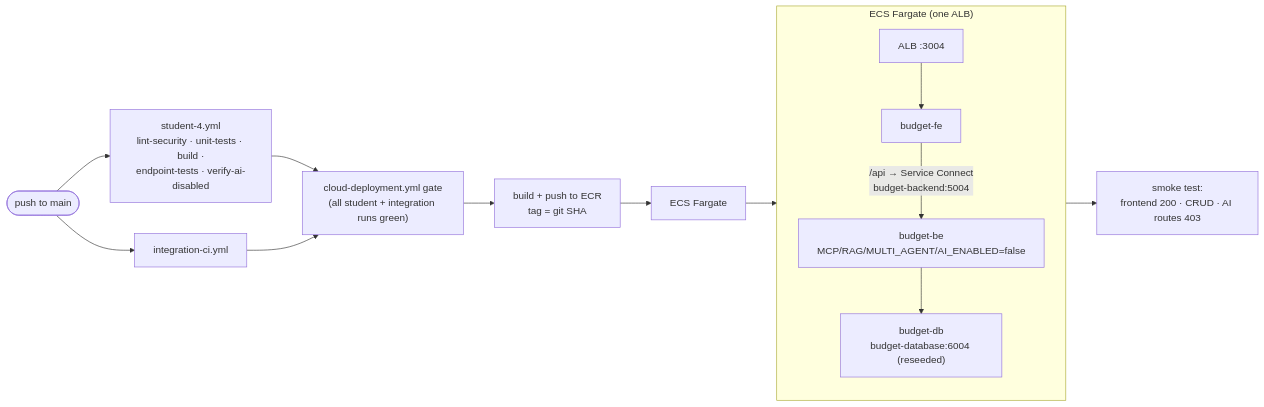
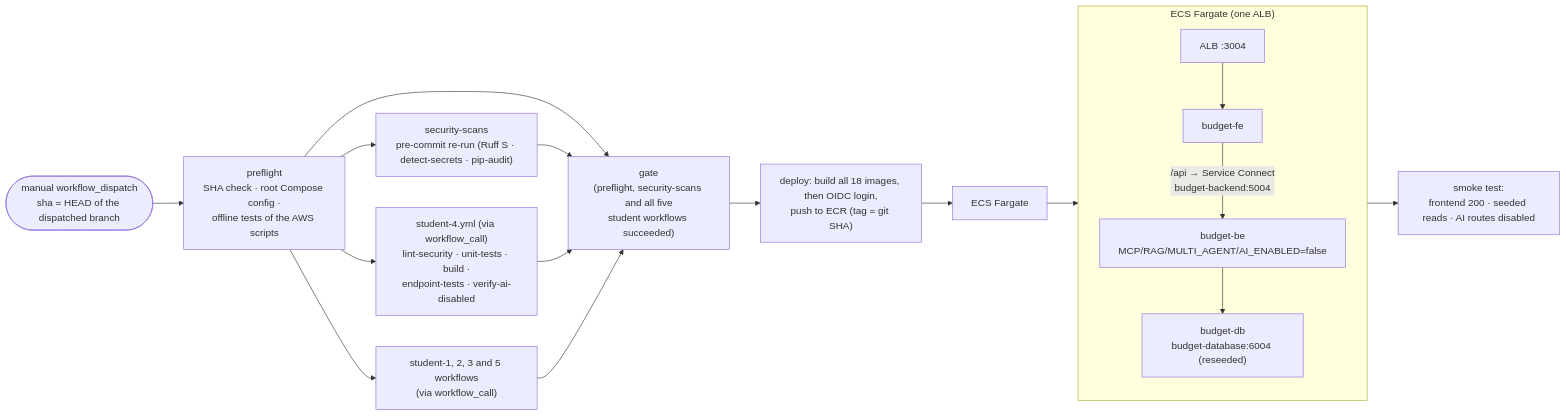
One commit to Flynn-Jones/voyage-ai changed the fourth of 4 diagrams in docs/release-2/student-4/architecture.md. Above: the diagram before and after it, drawn with Mermaid. The commit also changed 25 other files, not shown here.

````diff
--- a/docs/release-2/student-4/architecture.md
+++ b/docs/release-2/student-4/architecture.md
@@ -93,13 +93,15 @@
 ```mermaid
 flowchart LR
-    push([push to main]) --> s4["student-4.yml<br/>lint-security · unit-tests · build ·<br/>endpoint-tests · verify-ai-disabled"]
-    push --> ic["integration-ci.yml"]
-    s4 & ic --> gate["cloud-deployment.yml gate<br/>(all student + integration runs green)"]
-    gate --> ecr["build + push to ECR<br/>tag = git SHA"]
+    dispatch([manual workflow_dispatch<br/>sha = HEAD of the dispatched branch]) --> pre["preflight<br/>SHA check · root Compose config ·<br/>offline tests of the AWS scripts"]
+    pre --> sec["security-scans<br/>pre-commit re-run (Ruff S · detect-secrets · pip-audit)"]
+    pre --> s4["student-4.yml (via workflow_call)<br/>lint-security · unit-tests · build ·<br/>endpoint-tests · verify-ai-disabled"]
+    pre --> s15["student-1, 2, 3 and 5 workflows<br/>(via workflow_call)"]
+    pre & sec & s4 & s15 --> gate["gate<br/>(preflight, security-scans and all five<br/>student workflows succeeded)"]
+    gate --> ecr["deploy: build all 18 images, then OIDC login,<br/>push to ECR (tag = git SHA)"]
     ecr --> ecs["ECS Fargate"]
     subgraph ecs_detail["ECS Fargate (one ALB)"]
         alb["ALB :3004"] --> fe2["budget-fe"] -->|"/api → Service Connect<br/>budget-backend:5004"| be2["budget-be<br/>MCP/RAG/MULTI_AGENT/AI_ENABLED=false"] --> db2["budget-db<br/>budget-database:6004 (reseeded)"]
     end
     ecs --> ecs_detail
-    ecs_detail --> smoke["smoke test:<br/>frontend 200 · CRUD · AI routes 403"]
+    ecs_detail --> smoke["smoke test:<br/>frontend 200 · seeded reads · AI routes disabled"]
 ```
````
